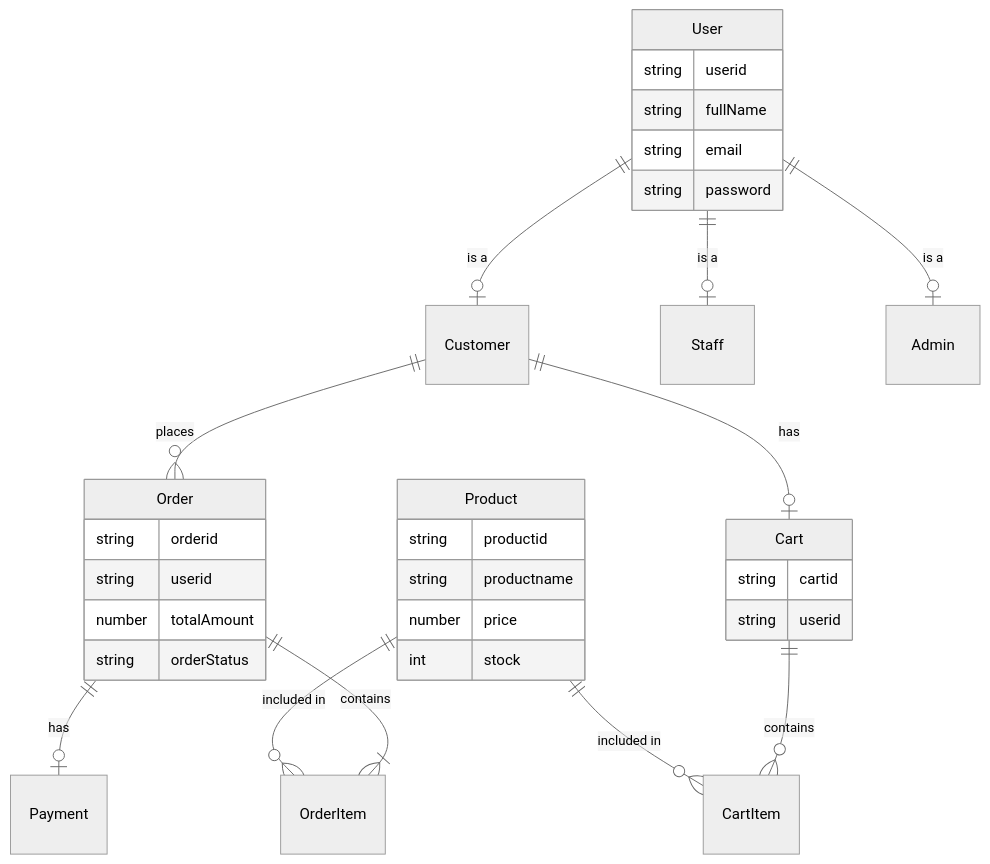
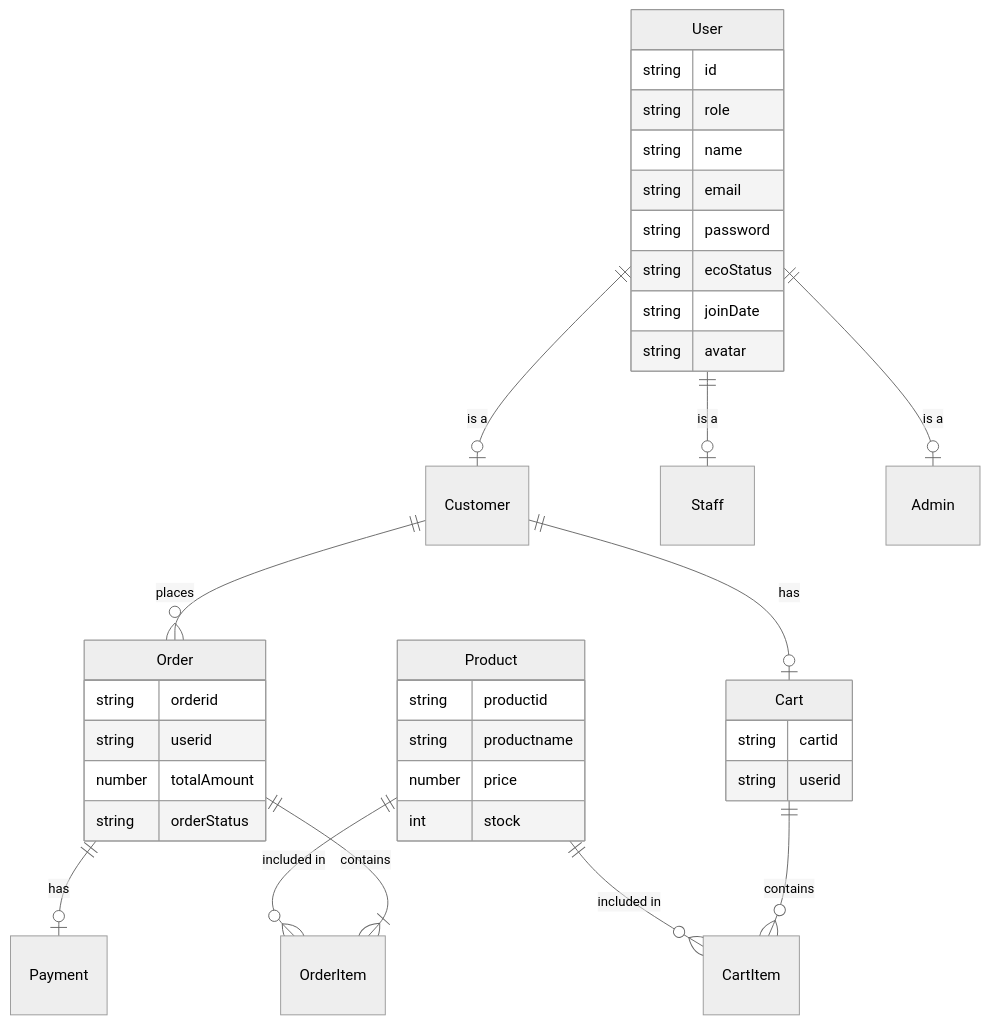
Before and after one commit to waranon-sop/csi204-project: the second of 2 diagrams in docs/analysis-design.md, drawn with Mermaid (neutral theme). The commit also changed other lines of this file and 9 other files, not shown here.

````diff
--- a/docs/analysis-design.md
+++ b/docs/analysis-design.md
@@ -158,36 +161,40 @@
 ```mermaid
 erDiagram
  User ||--o| Customer : "is a"
  User ||--o| Staff : "is a"
  User ||--o| Admin : "is a"
  Customer ||--o{ Order : places
  Customer ||--o| Cart : has
  Cart ||--o{ CartItem : contains
  Order ||--|{ OrderItem : contains
  Product ||--o{ OrderItem : "included in"
  Product ||--o{ CartItem : "included in"
  Order ||--o| Payment : has
 
  User {
- string userid
- string fullName
+ string id
+ string role
+ string name
  string email
  string password
+ string ecoStatus
+ string joinDate
+ string avatar
  }
  Product {
  string productid
  string productname
  number price
  int stock
  }
  Order {
  string orderid
  string userid
  number totalAmount
  string orderStatus
  }
  Cart {
  string cartid
  string userid
  }
 ```
````
